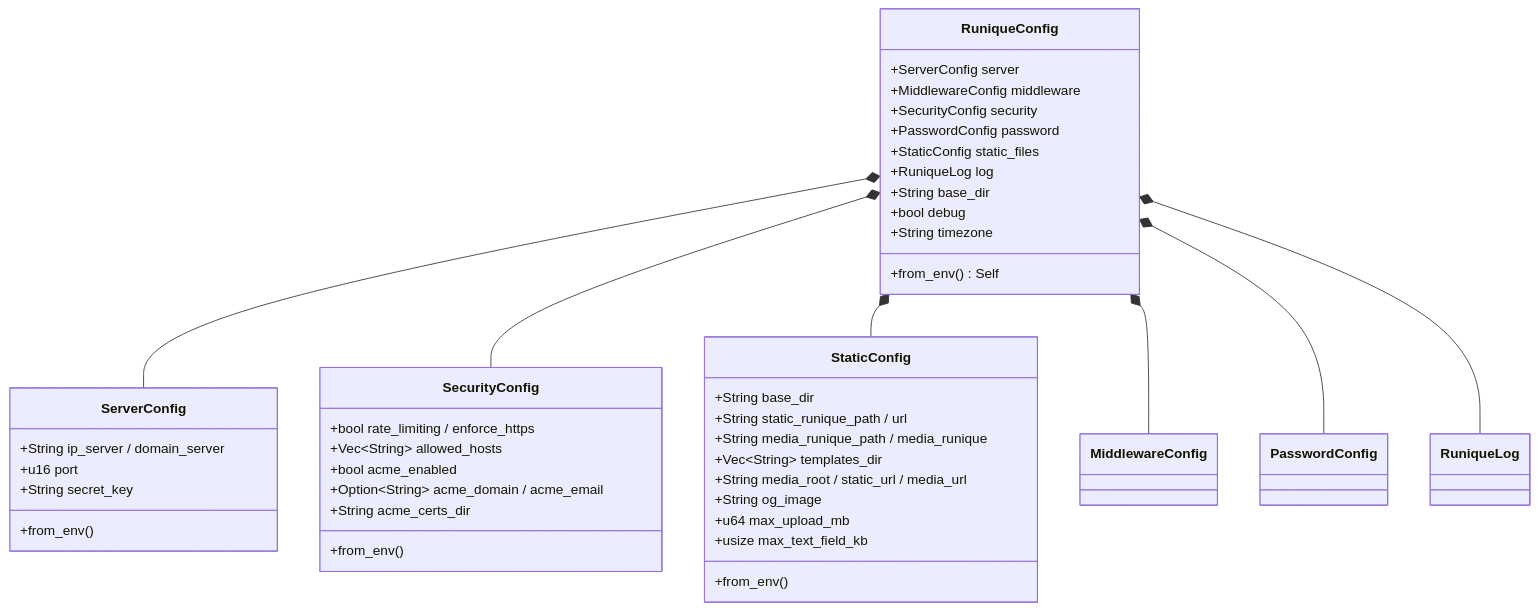
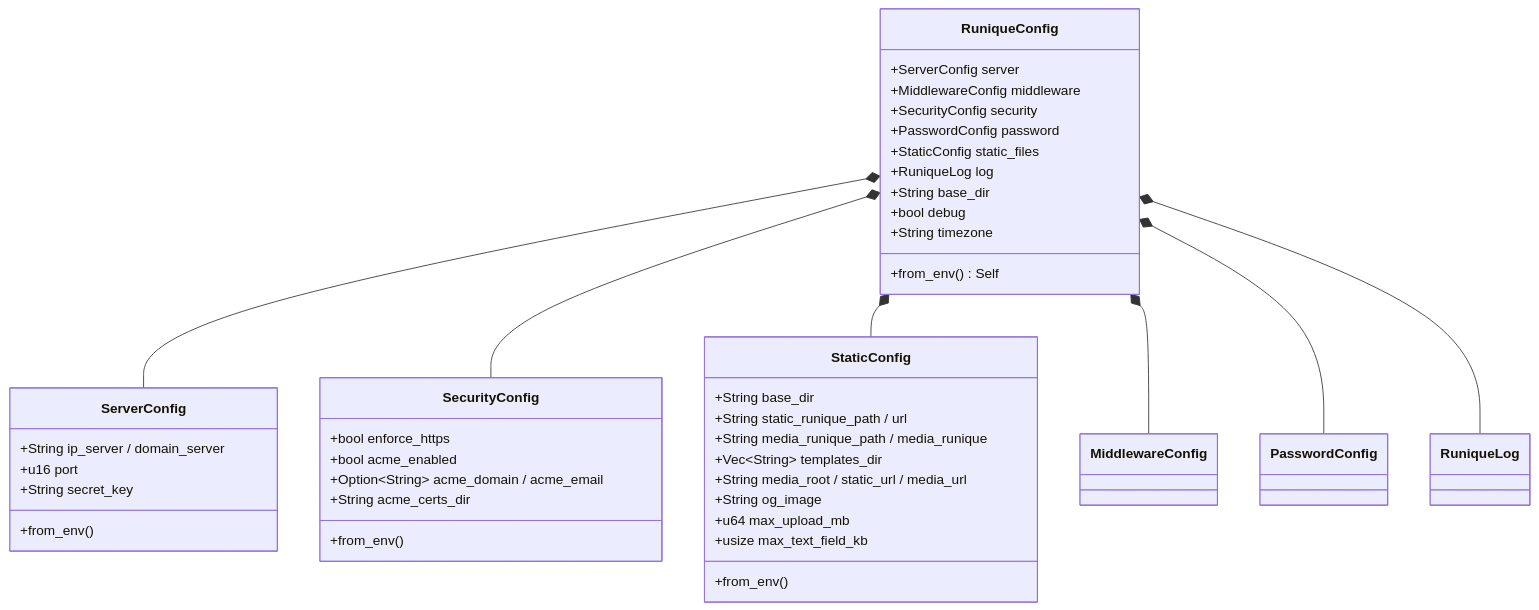
One commit to seb-alliot/runique changed the first of 2 diagrams in diagramme/uml/config/configuration.md. Above: the diagram before and after it, drawn with Mermaid. The commit also changed 93 other files, not shown here.

````diff
--- a/diagramme/uml/config/configuration.md
+++ b/diagramme/uml/config/configuration.md
@@ -7,46 +7,45 @@
 ```mermaid
 classDiagram
     class RuniqueConfig {
         +ServerConfig server
         +MiddlewareConfig middleware
         +SecurityConfig security
         +PasswordConfig password
         +StaticConfig static_files
         +RuniqueLog log
         +String base_dir
         +bool debug
         +String timezone
         +from_env() Self
     }
     class ServerConfig {
         +String ip_server / domain_server
         +u16 port
         +String secret_key
         +from_env()
     }
     class SecurityConfig {
-        +bool rate_limiting / enforce_https
-        +Vec~String~ allowed_hosts
+        +bool enforce_https
         +bool acme_enabled
         +Option~String~ acme_domain / acme_email
         +String acme_certs_dir
         +from_env()
     }
     class StaticConfig {
         +String base_dir
         +String static_runique_path / url
         +String media_runique_path / media_runique
         +Vec~String~ templates_dir
         +String media_root / static_url / media_url
         +String og_image
         +u64 max_upload_mb
         +usize max_text_field_kb
         +from_env()
     }
     RuniqueConfig *-- ServerConfig
     RuniqueConfig *-- SecurityConfig
     RuniqueConfig *-- StaticConfig
     RuniqueConfig *-- MiddlewareConfig
     RuniqueConfig *-- PasswordConfig
     RuniqueConfig *-- RuniqueLog
 ```
````
